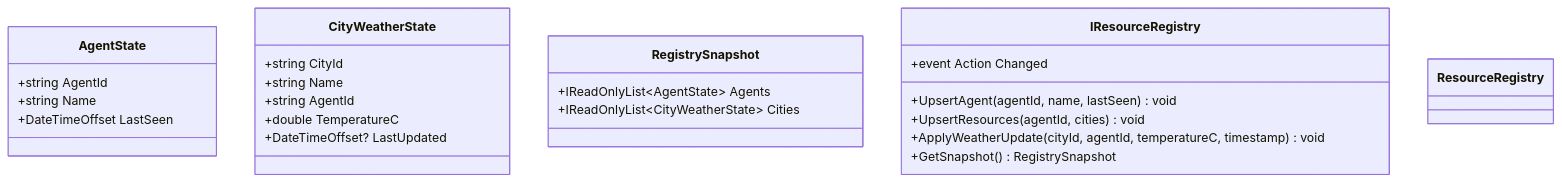
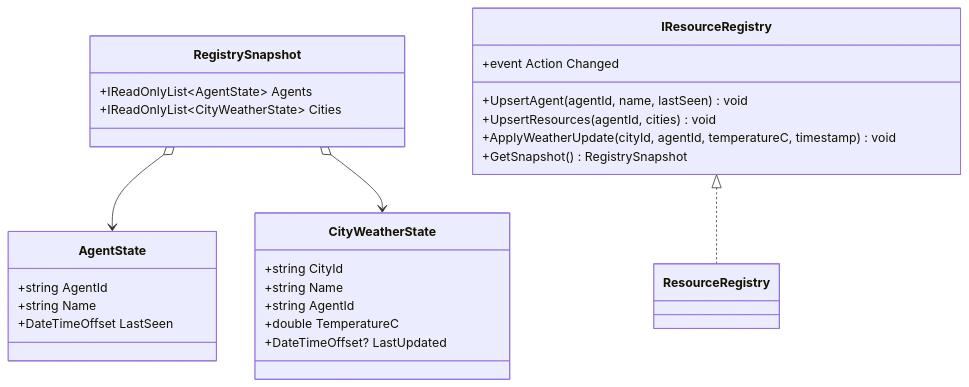
Before and after one commit to Was85/blazor-agent-core-signalr: the third of 3 diagrams in README.md, drawn with Mermaid. The commit also changed other lines of this file and 1 other file, not shown here.

````diff
--- a/README.md
+++ b/README.md
@@ -49,33 +49,35 @@
 ```mermaid
 classDiagram
     class AgentState {
       +string AgentId
       +string Name
       +DateTimeOffset LastSeen
     }
 
     class CityWeatherState {
       +string CityId
       +string Name
       +string AgentId
       +double TemperatureC
       +DateTimeOffset? LastUpdated
     }
 
     class RegistrySnapshot {
       +IReadOnlyList~AgentState~ Agents
       +IReadOnlyList~CityWeatherState~ Cities
     }
 
     class IResourceRegistry {
       +event Action Changed
       +UpsertAgent(agentId, name, lastSeen) void
       +UpsertResources(agentId, cities) void
       +ApplyWeatherUpdate(cityId, agentId, temperatureC, timestamp) void
       +GetSnapshot() RegistrySnapshot
     }
 
     class ResourceRegistry
 
-    IResourceRegistry  CityWeatherState
+    IResourceRegistry <|.. ResourceRegistry
+    RegistrySnapshot o--> AgentState
+    RegistrySnapshot o--> CityWeatherState
 ```
````
